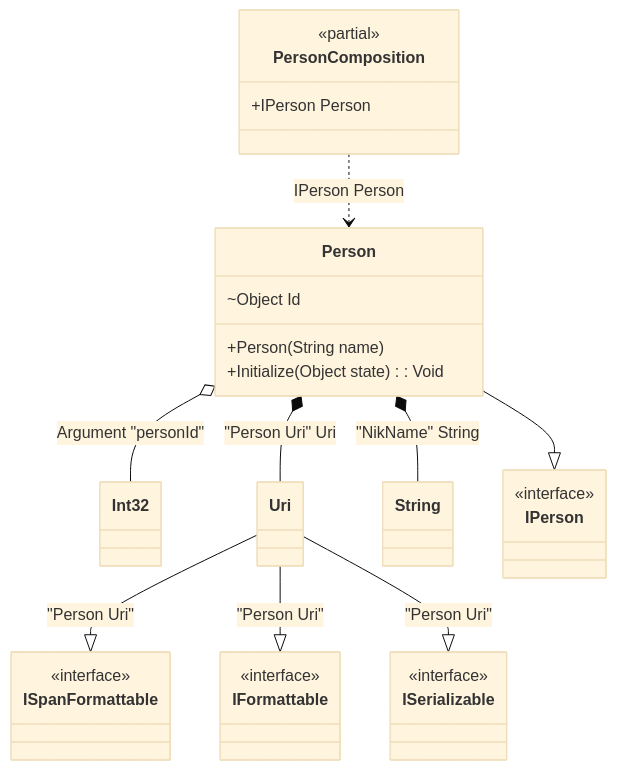
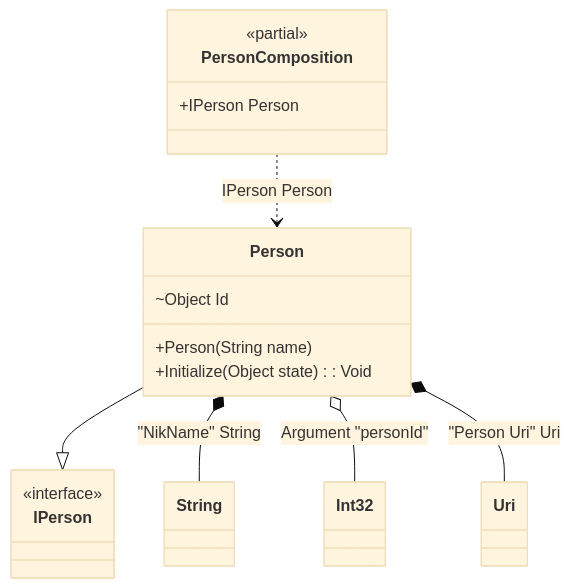
Before and after one commit to DevTeam/Pure.DI: the diagram in readme/inject-attribute.md, drawn with Mermaid (base theme). The commit also changed other lines of this file and 33 other files, not shown here.

````diff
--- a/readme/inject-attribute.md
+++ b/readme/inject-attribute.md
@@ -87,35 +87,23 @@
 ```mermaid
 classDiagram
 	class PersonComposition {
 		<<partial>>
 		+IPerson Person
 	}
 	class Int32
-	Uri --|> ISpanFormattable : "Person Uri" 
-	Uri --|> IFormattable : "Person Uri" 
-	Uri --|> ISerializable : "Person Uri" 
 	class Uri
 	class String
 	Person --|> IPerson
 	class Person {
 		+Person(String name)
 		~Object Id
 		+Initialize(Object state) : Void
-	}
-	class ISpanFormattable {
-		<<interface>>
-	}
-	class IFormattable {
-		<<interface>>
-	}
-	class ISerializable {
-		<<interface>>
 	}
 	class IPerson {
 		<<interface>>
 	}
 	PersonComposition ..> Person : IPerson Person
 	Person *--  String : "NikName"  String
 	Person o-- Int32 : Argument "personId"
 	Person *--  Uri : "Person Uri"  Uri
 ```
````
